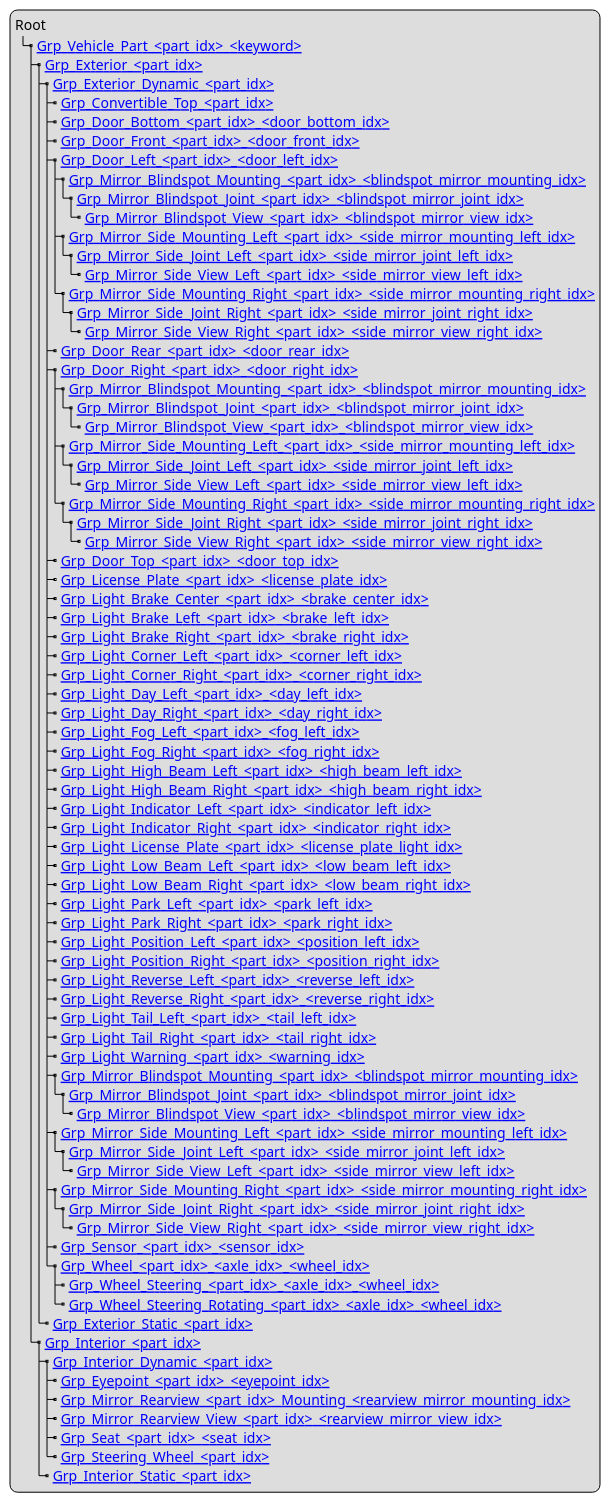
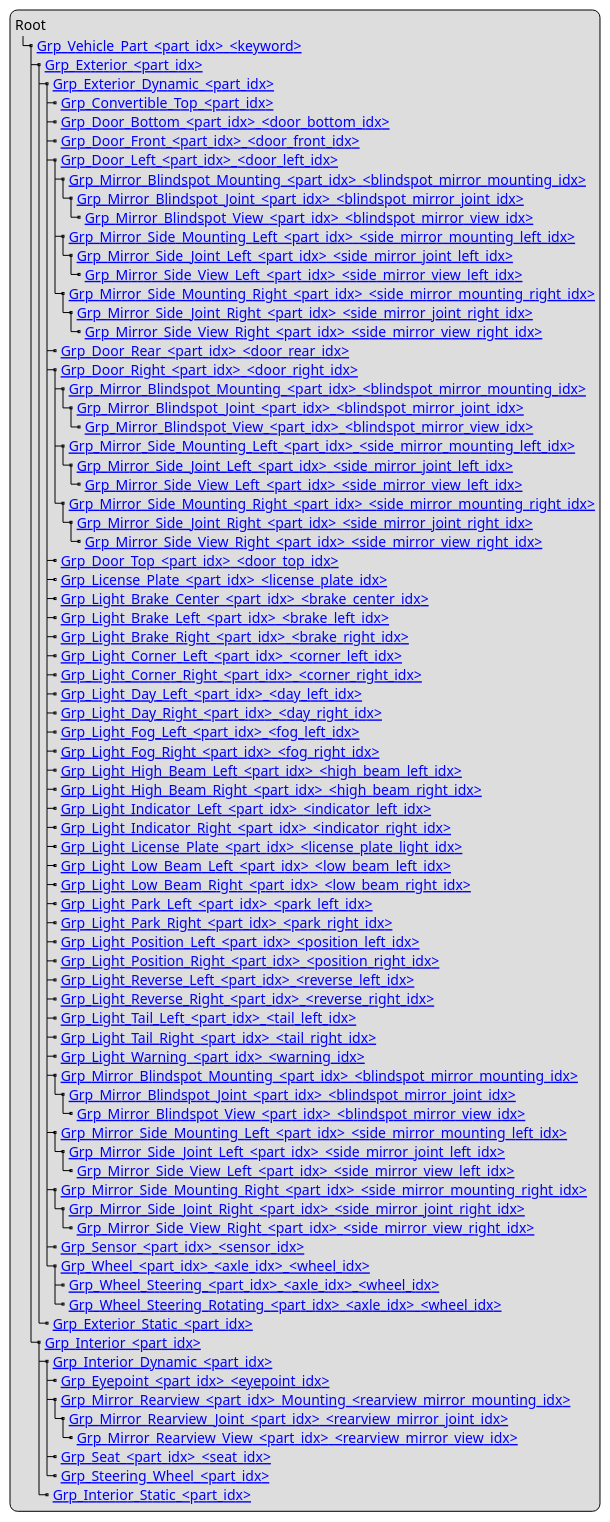
Before and after one commit to asam-ev/OpenMATERIAL: the diagram in content/geometry/object-vehicle/vehicle-structure.adoc, drawn with PlantUML.

Commit message:
Fix rearview mirror hierarchy

```diff
--- a/content/geometry/object-vehicle/vehicle-structure.adoc
+++ b/content/geometry/object-vehicle/vehicle-structure.adoc
@@ -9,82 +9,83 @@
 [plantuml]
 ----
 legend
 Root
 |_ [[../geometry/object-classes.html#_grp_vehicle_part_part_idx_keyword Grp_Vehicle_Part_<part_idx>_<keyword>]]
   |_ [[../geometry/object-classes.html#_grp_exterior_part_idx Grp_Exterior_<part_idx>]]
     |_ [[../geometry/object-classes.html#_grp_exterior_dynamic_part_idx Grp_Exterior_Dynamic_<part_idx>]]
       |_ [[../geometry/object-classes.html#_grp_convertible_top_part_idx Grp_Convertible_Top_<part_idx>]]
       |_ [[../geometry/object-classes.html#_grp_door_bottom_part_idx_door_bottom_idx Grp_Door_Bottom_<part_idx>_<door_bottom_idx>]]      
       |_ [[../geometry/object-classes.html#_grp_door_front_part_idx_door_front_idx Grp_Door_Front_<part_idx>_<door_front_idx>]]
       |_ [[../geometry/object-classes.html#_grp_door_left_part_idx_door_left_idx Grp_Door_Left_<part_idx>_<door_left_idx>]]
         |_ [[../geometry/object-classes.html#_grp_mirror_blindspot_mounting_part_idx_blindspot_mirror_mounting_idx Grp_Mirror_Blindspot_Mounting_<part_idx>_<blindspot_mirror_mounting_idx>]]
           |_ [[../geometry/object-classes.html#_grp_mirror_blindspot_joint_part_idx_blindspot_mirror_joint_idx Grp_Mirror_Blindspot_Joint_<part_idx>_<blindspot_mirror_joint_idx>]] 
             |_ [[../geometry/object-classes.html#_grp_mirror_blindspot_view_part_idx_blindspot_mirror_view_idx Grp_Mirror_Blindspot_View_<part_idx>_<blindspot_mirror_view_idx>]] 
         |_ [[../geometry/object-classes.html#_grp_mirror_side_mounting_left_part_idx_side_mirror_mounting_left_id Grp_Mirror_Side_Mounting_Left_<part_idx>_<side_mirror_mounting_left_idx>]]
           |_ [[../geometry/object-classes.html#_grp_mirror_side_joint_left_part_idx_side_mirror_joint_left_idx Grp_Mirror_Side_Joint_Left_<part_idx>_<side_mirror_joint_left_idx> ]]
             |_ [[../geometry/object-classes.html#_grp_mirror_side_view_left_part_idx_side_mirror_view_left_idx Grp_Mirror_Side_View_Left_<part_idx>_<side_mirror_view_left_idx> ]]
         |_ [[../geometry/object-classes.html#_grp_mirror_side_mounting_right_part_idx_side_mirror_mounting_right_idx Grp_Mirror_Side_Mounting_Right_<part_idx>_<side_mirror_mounting_right_idx>]]
           |_ [[../geometry/object-classes.html#_grp_mirror_side_joint_right_part_idx_side_mirror_joint_right_idx Grp_Mirror_Side_Joint_Right_<part_idx>_<side_mirror_joint_right_idx> ]]   
             |_ [[../geometry/object-classes.html#_grp_mirror_side_view_right_part_idx_side_mirror_view_right_idx Grp_Mirror_Side_View_Right_<part_idx>_<side_mirror_view_right_idx> ]]
       |_ [[../geometry/object-classes.html#_grp_door_rear_part_idx_door_rear_idx Grp_Door_Rear_<part_idx>_<door_rear_idx>]]
       |_ [[../geometry/object-classes.html#_grp_door_right_part_idx_door_right_idx Grp_Door_Right_<part_idx>_<door_right_idx>]]
         |_ [[../geometry/object-classes.html#_grp_mirror_blindspot_mounting_part_idx_blindspot_mirror_mounting_idx Grp_Mirror_Blindspot_Mounting_<part_idx>_<blindspot_mirror_mounting_idx>]]
           |_ [[../geometry/object-classes.html#_grp_mirror_blindspot_joint_part_idx_blindspot_mirror_joint_idx Grp_Mirror_Blindspot_Joint_<part_idx>_<blindspot_mirror_joint_idx>]] 
             |_ [[../geometry/object-classes.html#_grp_mirror_blindspot_view_part_idx_blindspot_mirror_view_idx Grp_Mirror_Blindspot_View_<part_idx>_<blindspot_mirror_view_idx>]]
         |_ [[../geometry/object-classes.html#_grp_mirror_side_mounting_left_part_idx_side_mirror_mounting_left_id Grp_Mirror_Side_Mounting_Left_<part_idx>_<side_mirror_mounting_left_idx>]]
           |_ [[../geometry/object-classes.html#_grp_mirror_side_joint_left_part_idx_side_mirror_joint_left_idx Grp_Mirror_Side_Joint_Left_<part_idx>_<side_mirror_joint_left_idx> ]]
             |_ [[../geometry/object-classes.html#_grp_mirror_side_view_left_part_idx_side_mirror_view_left_idx Grp_Mirror_Side_View_Left_<part_idx>_<side_mirror_view_left_idx> ]]
         |_ [[../geometry/object-classes.html#_grp_mirror_side_mounting_right_part_idx_side_mirror_mounting_right_idx Grp_Mirror_Side_Mounting_Right_<part_idx>_<side_mirror_mounting_right_idx>]]
           |_ [[../geometry/object-classes.html#_grp_mirror_side_joint_right_part_idx_side_mirror_joint_right_idx Grp_Mirror_Side_Joint_Right_<part_idx>_<side_mirror_joint_right_idx> ]]
             |_ [[../geometry/object-classes.html#_grp_mirror_side_view_right_part_idx_side_mirror_view_right_idx Grp_Mirror_Side_View_Right_<part_idx>_<side_mirror_view_right_idx> ]]
       |_ [[../geometry/object-classes.html#_grp_door_top_part_idx_door_top_idx Grp_Door_Top_<part_idx>_<door_top_idx>]]
       |_ [[../geometry/object-classes.html#_grp_license_plate_part_idx_license_plate_idx Grp_License_Plate_<part_idx>_<license_plate_idx>]]
       |_ [[../geometry/object-classes.html#_grp_light_brake_center_part_idx_brake_center_idx Grp_Light_Brake_Center_<part_idx>_<brake_center_idx>]]
       |_ [[../geometry/object-classes.html#_grp_light_brake_left_part_idx_brake_left_idx Grp_Light_Brake_Left_<part_idx>_<brake_left_idx>]]      
       |_ [[../geometry/object-classes.html#_grp_light_brake_right_part_idx_brake_right_idx Grp_Light_Brake_Right_<part_idx>_<brake_right_idx>]]
       |_ [[../geometry/object-classes.html#_grp_light_corner_left_part_idx_corner_left_idx Grp_Light_Corner_Left_<part_idx>_<corner_left_idx>]]
       |_ [[../geometry/object-classes.html#_grp_light_corner_right_part_idx_corner_right_idx Grp_Light_Corner_Right_<part_idx>_<corner_right_idx>]]
       |_ [[../geometry/object-classes.html#_grp_light_day_left_part_idx_day_left_idx Grp_Light_Day_Left_<part_idx>_<day_left_idx>]]
       |_ [[../geometry/object-classes.html#_grp_light_day_right_part_idx_day_right_idx Grp_Light_Day_Right_<part_idx>_<day_right_idx>]]
       |_ [[../geometry/object-classes.html#_grp_light_fog_left_part_idx_fog_left_idx Grp_Light_Fog_Left_<part_idx>_<fog_left_idx>]]
       |_ [[../geometry/object-classes.html#_grp_light_fog_right_part_idx_fog_right_idx Grp_Light_Fog_Right_<part_idx>_<fog_right_idx>]]
       |_ [[../geometry/object-classes.html#_grp_light_high_beam_left_part_idx_high_beam_left_idx Grp_Light_High_Beam_Left_<part_idx>_<high_beam_left_idx>]]
       |_ [[../geometry/object-classes.html#_grp_light_high_beam_right_part_idx_high_beam_right_idx Grp_Light_High_Beam_Right_<part_idx>_<high_beam_right_idx>]]
       |_ [[../geometry/object-classes.html#_grp_light_indicator_left_part_idx_indicator_left_idx Grp_Light_Indicator_Left_<part_idx>_<indicator_left_idx>]]
       |_ [[../geometry/object-classes.html#_grp_light_indicator_right_part_idx_indicator_right_idx Grp_Light_Indicator_Right_<part_idx>_<indicator_right_idx>]]
       |_ [[../geometry/object-classes.html#_grp_light_license_plate_part_idx_license_plate_light_idx Grp_Light_License_Plate_<part_idx>_<license_plate_light_idx>]]
       |_ [[../geometry/object-classes.html#_grp_light_low_beam_left_part_idx_low_beam_left_idx Grp_Light_Low_Beam_Left_<part_idx>_<low_beam_left_idx>]]
       |_ [[../geometry/object-classes.html#_grp_light_low_beam_right_part_idx_low_beam_right_idx Grp_Light_Low_Beam_Right_<part_idx>_<low_beam_right_idx>]]
       |_ [[../geometry/object-classes.html#_grp_light_park_left_part_idx_park_left_idx Grp_Light_Park_Left_<part_idx>_<park_left_idx>]]
       |_ [[../geometry/object-classes.html#_grp_light_park_right_part_idx_park_right_idx Grp_Light_Park_Right_<part_idx>_<park_right_idx> ]]
       |_ [[../geometry/object-classes.html#_grp_light_position_left_part_idx_position_left_idx Grp_Light_Position_Left_<part_idx>_<position_left_idx>]]
       |_ [[../geometry/object-classes.html#_grp_light_position_right_part_idx_position_right_idx Grp_Light_Position_Right_<part_idx>_<position_right_idx>]]
       |_ [[../geometry/object-classes.html#_grp_light_reverse_left_part_idx_reverse_left_idx Grp_Light_Reverse_Left_<part_idx>_<reverse_left_idx>]]
       |_ [[../geometry/object-classes.html#_grp_light_reverse_right_part_idx_reverse_right_idx Grp_Light_Reverse_Right_<part_idx>_<reverse_right_idx>]]
       |_ [[../geometry/object-classes.html#_grp_light_tail_left_part_idx_tail_left_idx Grp_Light_Tail_Left_<part_idx>_<tail_left_idx>]]
       |_ [[../geometry/object-classes.html#_grp_light_tail_right_part_idx_tail_right_idx Grp_Light_Tail_Right_<part_idx>_<tail_right_idx>]]
       |_ [[../geometry/object-classes.html#_grp_light_warning_part_idx_warning_idx Grp_Light_Warning_<part_idx>_<warning_idx>]]
       |_ [[../geometry/object-classes.html#_grp_mirror_blindspot_mounting_part_idx_blindspot_mirror_mounting_idx Grp_Mirror_Blindspot_Mounting_<part_idx>_<blindspot_mirror_mounting_idx>]]
         |_ [[../geometry/object-classes.html#_grp_mirror_blindspot_joint_part_idx_blindspot_mirror_joint_idx Grp_Mirror_Blindspot_Joint_<part_idx>_<blindspot_mirror_joint_idx>]] 
           |_ [[../geometry/object-classes.html#_grp_mirror_blindspot_view_part_idx_blindspot_mirror_view_idx Grp_Mirror_Blindspot_View_<part_idx>_<blindspot_mirror_view_idx>]] 
       |_ [[../geometry/object-classes.html#_grp_mirror_side_mounting_left_part_idx_side_mirror_mounting_left_id Grp_Mirror_Side_Mounting_Left_<part_idx>_<side_mirror_mounting_left_idx>]]
         |_ [[../geometry/object-classes.html#_grp_mirror_side_joint_left_part_idx_side_mirror_joint_left_idx Grp_Mirror_Side_Joint_Left_<part_idx>_<side_mirror_joint_left_idx> ]]
           |_ [[../geometry/object-classes.html#_grp_mirror_side_view_left_part_idx_side_mirror_view_left_idx Grp_Mirror_Side_View_Left_<part_idx>_<side_mirror_view_left_idx> ]]
       |_ [[../geometry/object-classes.html#_grp_mirror_side_mounting_right_part_idx_side_mirror_mounting_right_idx Grp_Mirror_Side_Mounting_Right_<part_idx>_<side_mirror_mounting_right_idx>]]
         |_ [[../geometry/object-classes.html#_grp_mirror_side_joint_right_part_idx_side_mirror_joint_right_idx Grp_Mirror_Side_Joint_Right_<part_idx>_<side_mirror_joint_right_idx> ]]   
           |_ [[../geometry/object-classes.html#_grp_mirror_side_view_right_part_idx_side_mirror_view_right_idx Grp_Mirror_Side_View_Right_<part_idx>_<side_mirror_view_right_idx> ]]          
       |_ [[../geometry/object-classes.html#_grp_sensor_part_idx_sensor_idx Grp_Sensor_<part_idx>_<sensor_idx>]]
       |_ [[../geometry/object-classes.html#_grp_wheel_part_idx_axle_idx_wheel_idx Grp_Wheel_<part_idx>_<axle_idx>_<wheel_idx>]]
         |_ [[../geometry/object-classes.html#_grp_wheel_steering_part_idx_axle_idx_wheel_idx Grp_Wheel_Steering_<part_idx>_<axle_idx>_<wheel_idx>]]
         |_ [[../geometry/object-classes.html#_grp_wheel_steering_rotating_part_idx_axle_idx_wheel_idx Grp_Wheel_Steering_Rotating_<part_idx>_<axle_idx>_<wheel_idx>]]
     |_ [[../geometry/object-classes.html#_grp_exterior_static_part_idx Grp_Exterior_Static_<part_idx>]]
   |_ [[../geometry/object-classes.html#_grp_interior_part_idx Grp_Interior_<part_idx>]]
     |_ [[../geometry/object-classes.html#_grp_interior_dynamic_part_idx Grp_Interior_Dynamic_<part_idx>]]
       |_ [[../geometry/object-classes.html#_grp_eyepoint_part_idx_eyepoint_idx Grp_Eyepoint_<part_idx>_<eyepoint_idx>]]
       |_ [[../geometry/object-classes.html#_grp_mirror_rearview_mounting_part_idx_rearview_mirror_mounting_idx Grp_Mirror_Rearview_<part_idx>_Mounting_<rearview_mirror_mounting_idx>]]
-      |_ [[../geometry/object-classes.html#_grp_mirror_rearview_view_part_idx_rearview_mirror_view_idx Grp_Mirror_Rearview_View_<part_idx>_<rearview_mirror_view_idx>]]
+        |_ [[../geometry/object-classes.html#_grp_mirror_rearview_joint_part_idx_rearview_mirror_joint_idx Grp_Mirror_Rearview_Joint_<part_idx>_<rearview_mirror_joint_idx>]]
+          |_ [[../geometry/object-classes.html#_grp_mirror_rearview_view_part_idx_rearview_mirror_view_idx Grp_Mirror_Rearview_View_<part_idx>_<rearview_mirror_view_idx>]]
       |_ [[../geometry/object-classes.html#_grp_seat_part_idx_seat_idx Grp_Seat_<part_idx>_<seat_idx>]]
       |_ [[../geometry/object-classes.html#_grp_steering_wheel_part_idx Grp_Steering_Wheel_<part_idx>]]
     |_ [[../geometry/object-classes.html#_grp_interior_static_part_idx Grp_Interior_Static_<part_idx>]]
 end legend
 ----
```
